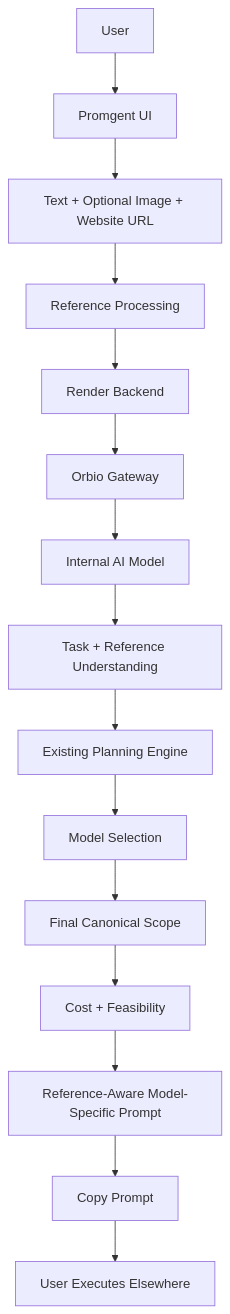
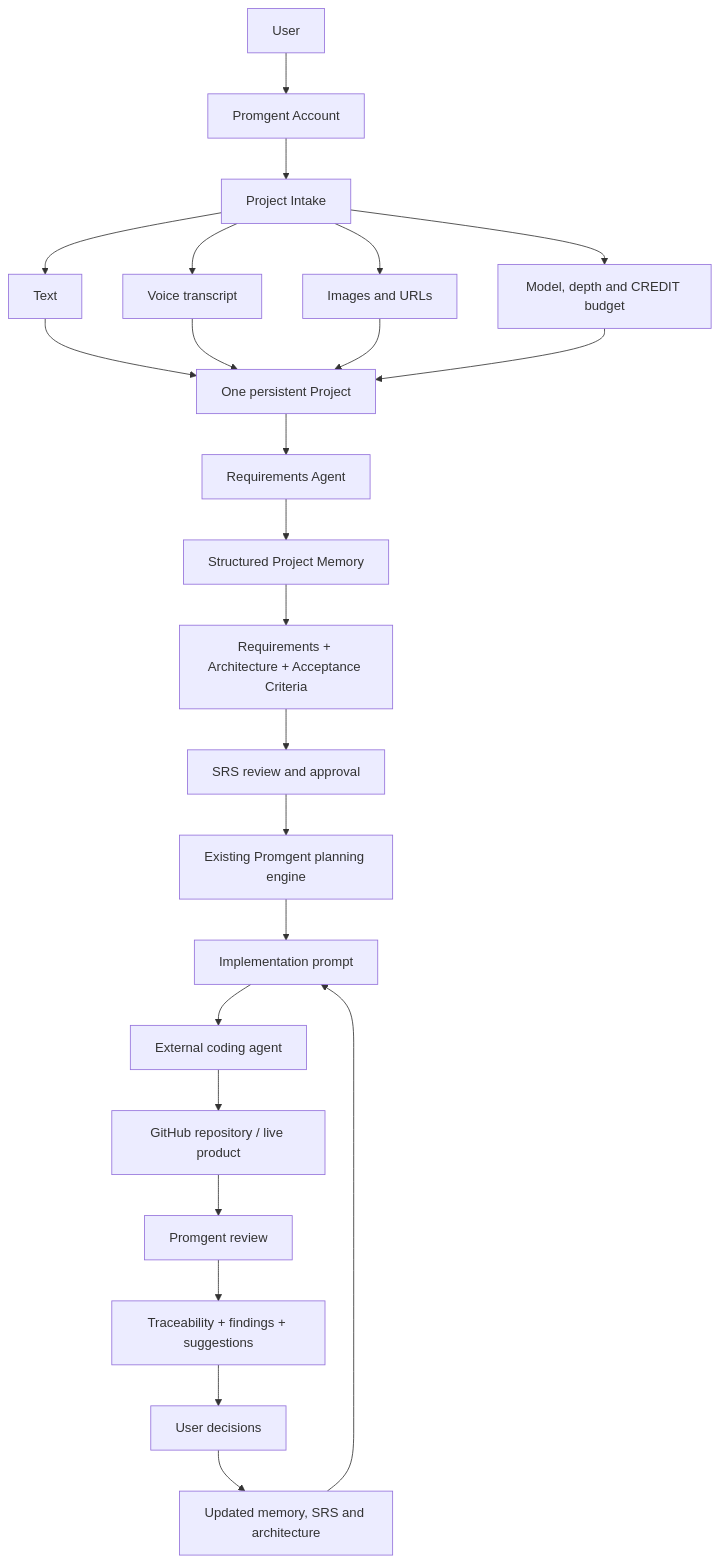
Before and after one commit to Nasxx05/inference-manager: the first of 4 diagrams in README.md, drawn with Mermaid. The commit also changed other lines of this file and 17 other files, not shown here.

````diff
--- a/README.md
+++ b/README.md
@@ -21,17 +21,26 @@
 ```mermaid
 flowchart TD
-    A[User] --> B[Promgent UI]
-    B --> C[Text + Optional Image + Website URL]
-    C --> D[Reference Processing]
-    D --> E[Render Backend]
-    E --> F[Orbio Gateway]
-    F --> G[Internal AI Model]
-    G --> H[Task + Reference Understanding]
-    H --> I[Existing Planning Engine]
-    I --> J[Model Selection]
-    J --> K[Final Canonical Scope]
-    K --> L[Cost + Feasibility]
-    L --> M[Reference-Aware Model-Specific Prompt]
-    M --> N[Copy Prompt]
-    N --> O[User Executes Elsewhere]
+    A[User] --> B[Promgent Account]
+    B --> C[Project Intake]
+    C --> C1[Text]
+    C --> C2[Voice transcript]
+    C --> C3[Images and URLs]
+    C --> C4[Model, depth and CREDIT budget]
+    C1 --> D[One persistent Project]
+    C2 --> D
+    C3 --> D
+    C4 --> D
+    D --> E[Requirements Agent]
+    E --> F[Structured Project Memory]
+    F --> G[Requirements + Architecture + Acceptance Criteria]
+    G --> H[SRS review and approval]
+    H --> I[Existing Promgent planning engine]
+    I --> J[Implementation prompt]
+    J --> K[External coding agent]
+    K --> L[GitHub repository / live product]
+    L --> M[Promgent review]
+    M --> N[Traceability + findings + suggestions]
+    N --> O[User decisions]
+    O --> P[Updated memory, SRS and architecture]
+    P --> J
 ```
````
